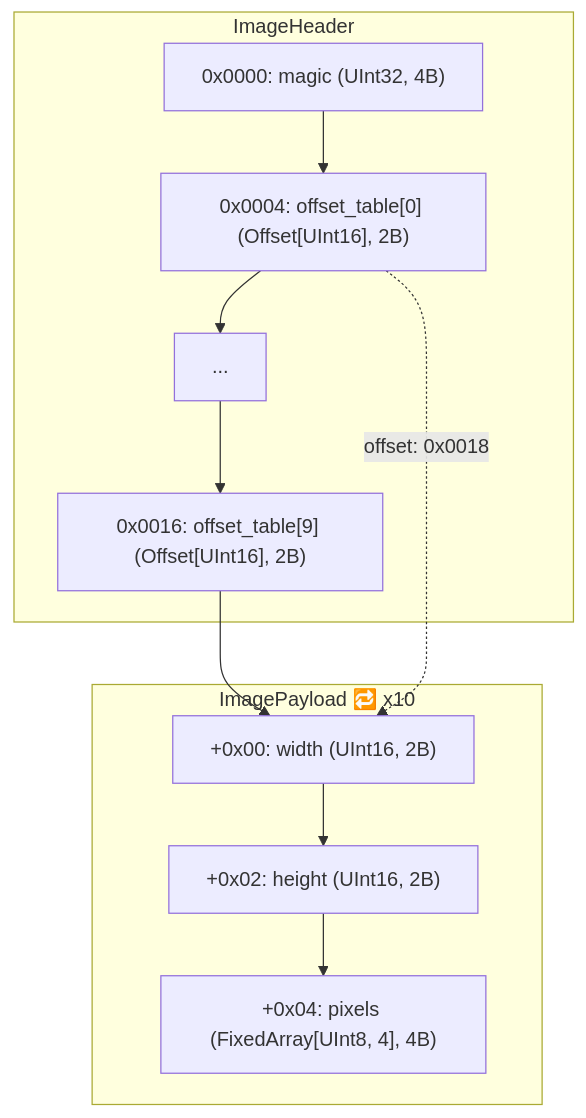
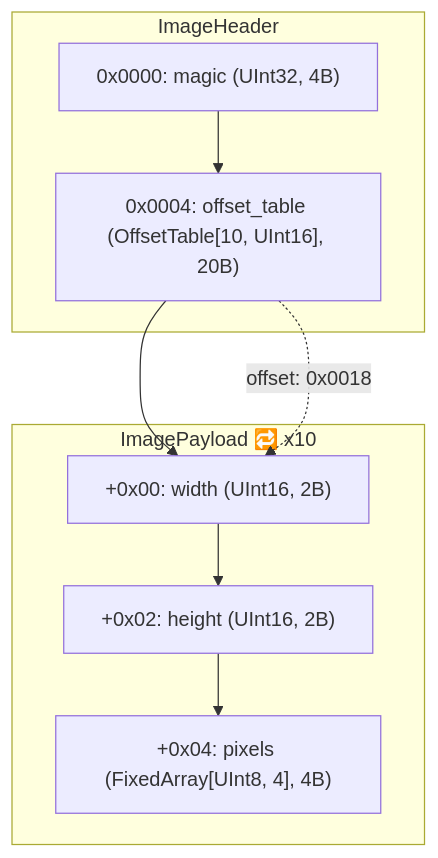
Before and after one commit to tamon-ishii/binary_master: the first of 4 diagrams in manual.md, drawn with Mermaid. The commit also changed other lines of this file and 6 other files, not shown here.

First line of the commit message:
fix(manual): aggregate structures in diagrams and eliminate unnecessary '...' ellipses

````diff
--- a/manual.md
+++ b/manual.md
@@ -13,21 +13,17 @@
 ```mermaid
 flowchart TD
     subgraph SG_ImageHeader ["ImageHeader"]
         N0["0x0000: magic (UInt32, 4B)"]
-        N1["0x0004: offset_table[0] (Offset[UInt16], 2B)"]
-        N_omit_0_2["..."]
-        N10["0x0016: offset_table[9] (Offset[UInt16], 2B)"]
+        N1["0x0004: offset_table (OffsetTable[10, UInt16], 20B)"]
     end
     subgraph SG_ImagePayload ["ImagePayload 🔁 x10"]
         N11["+0x00: width (UInt16, 2B)"]
         N12["+0x02: height (UInt16, 2B)"]
         N13["+0x04: pixels (FixedArray[UInt8, 4], 4B)"]
     end
     N0 --> N1
-    N1 --> N_omit_0_2
-    N_omit_0_2 --> N10
-    N10 --> N11
+    N1 --> N11
     N11 --> N12
     N12 --> N13
     N1 -.->|"offset: 0x0018"| N11
 ```
````
